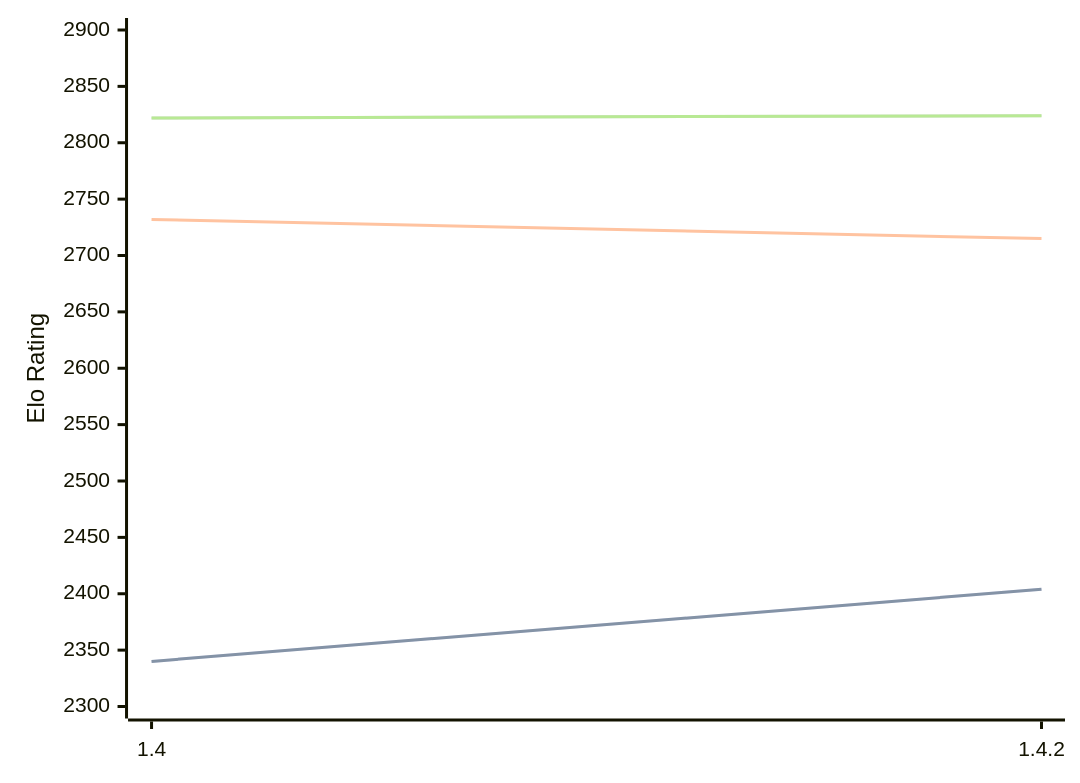
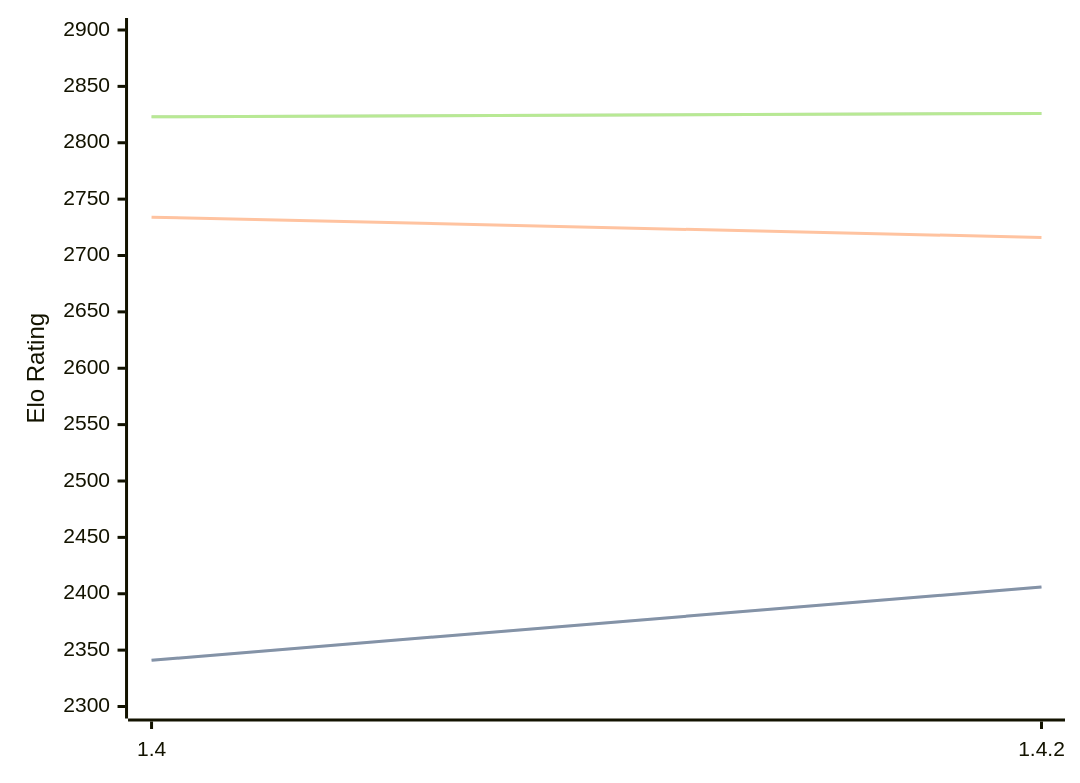
One commit to computer-chess-index/cci changed the diagram in engines/Spike.md. Above: the diagram before and after it, drawn with Mermaid. The commit also changed other lines of this file, not shown here.

Commit message:
Update CCI Ratings (ELO VLTC) - 2026-09-01

````diff
--- a/engines/Spike.md
+++ b/engines/Spike.md
@@ -32,11 +32,11 @@
 ```mermaid
 %%{init: {"theme":"base","themeVariables":{"seriesColors:['#a3a3a3','#222221','#faa371']}}}%%
 xychart-beta
   x-axis ["1.4", "1.4.2"]
   y-axis "Elo Rating" 2300 --> 2900
-  line "" [2340, 2404]
-  line "STC (8.0+0.08s)" [2340, 2404]
-  line "LTC (60.0+0.60s)" [2732, 2715]
-  line "" [2822, 2824]
-  line "VLTC (2m24s+1.12s)" [2822, 2824]
+  line "" [2341, 2406]
+  line "STC (8.0+0.08s)" [2341, 2406]
+  line "LTC (60.0+0.60s)" [2734, 2716]
+  line "" [2823, 2826]
+  line "VLTC (2m24s+1.12s)" [2823, 2826]
 ```
````
